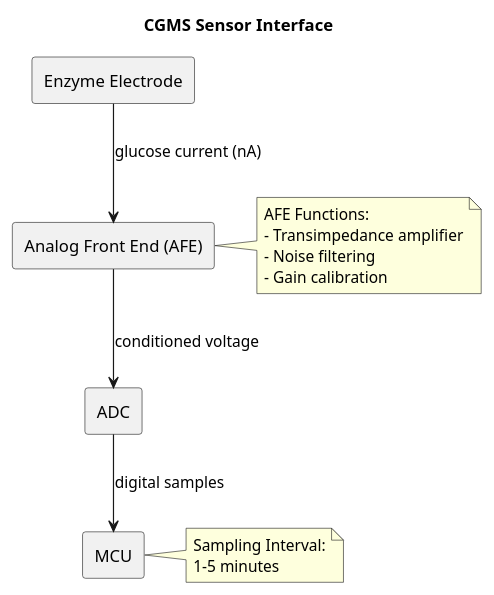
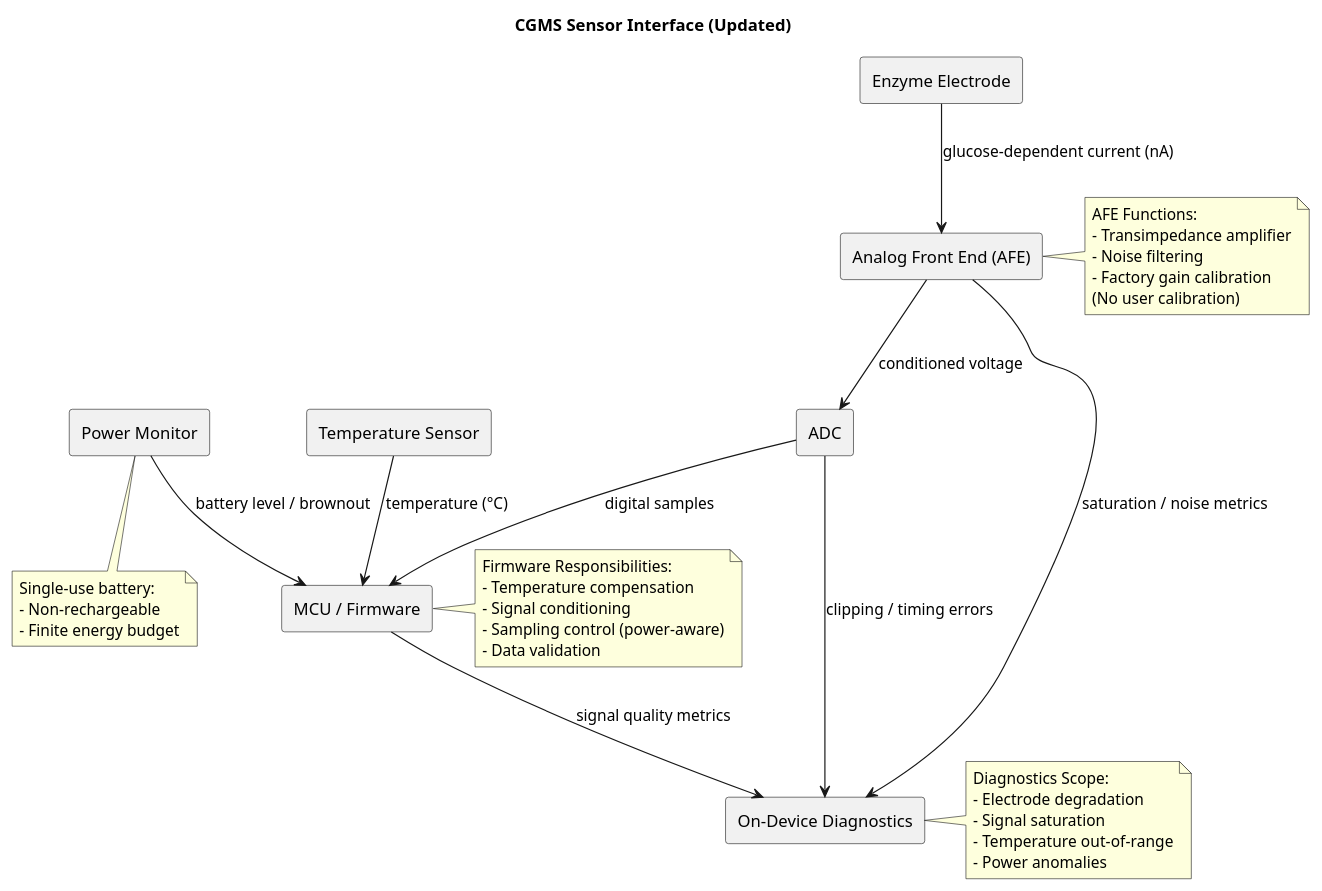
Before and after one commit to spothana/cgms: the diagram in documents/diagrams/interfaces/cgms_sensor_if.puml, drawn with PlantUML. The commit also changed other lines of this file and 23 other files, not shown here.

Commit message:
update the design diagrams to reflect one time usage of CGM devices and add diagnostic telemetry

```diff
--- a/documents/diagrams/interfaces/cgms_sensor_if.puml
+++ b/documents/diagrams/interfaces/cgms_sensor_if.puml
@@ -1,27 +1,64 @@
 @startuml cgms_sensor_if
 skinparam componentStyle rectangle
 
-title CGMS Sensor Interface
+title CGMS Sensor Interface (Updated)
 
 component "Enzyme Electrode" as Electrode
+component "Temperature Sensor" as Temp
 component "Analog Front End (AFE)" as AFE
 component "ADC" as ADC
-component "MCU" as MCU
+component "MCU / Firmware" as MCU
+component "Power Monitor" as Power
+component "On-Device Diagnostics" as Diag
 
-Electrode --> AFE : glucose current (nA)
+' --------------------
+' Primary sensing path
+' --------------------
+Electrode --> AFE : glucose-dependent current (nA)
 AFE --> ADC : conditioned voltage
 ADC --> MCU : digital samples
+
+' --------------------
+' Environmental compensation
+' --------------------
+Temp --> MCU : temperature (°C)
+
+' --------------------
+' Power & health
+' --------------------
+Power --> MCU : battery level / brownout
+AFE --> Diag : saturation / noise metrics
+ADC --> Diag : clipping / timing errors
+MCU --> Diag : signal quality metrics
 
 note right of AFE
 AFE Functions:
 - Transimpedance amplifier
 - Noise filtering
-- Gain calibration
+- Factory gain calibration
+(No user calibration)
 end note
 
 note right of MCU
-Sampling Interval:
-1–5 minutes
+Firmware Responsibilities:
+- Temperature compensation
+- Signal conditioning
+- Sampling control (power-aware)
+- Data validation
+end note
+
+note right of Diag
+Diagnostics Scope:
+- Electrode degradation
+- Signal saturation
+- Temperature out-of-range
+- Power anomalies
+end note
+
+note bottom of Power
+Single-use battery:
+- Non-rechargeable
+- Finite energy budget
 end note
 
 @enduml
```
